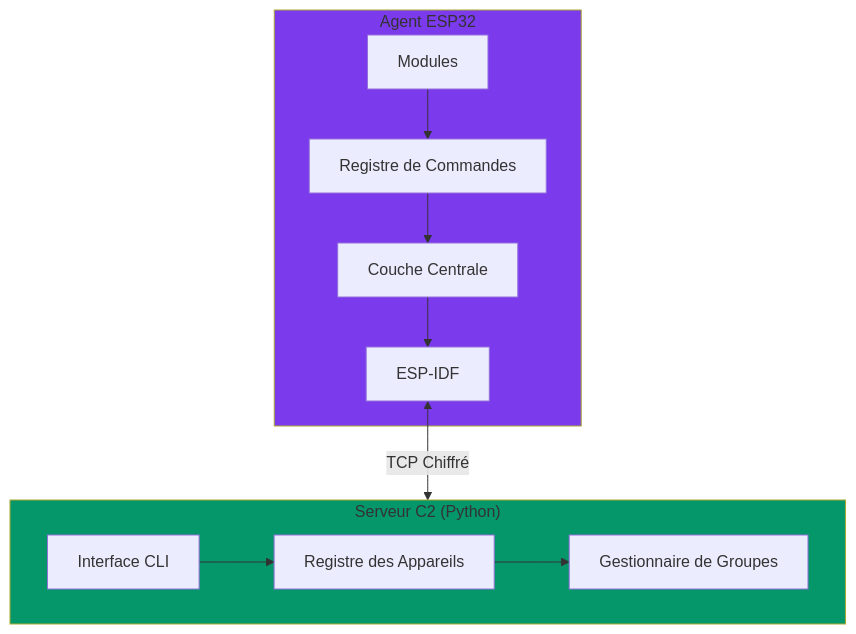
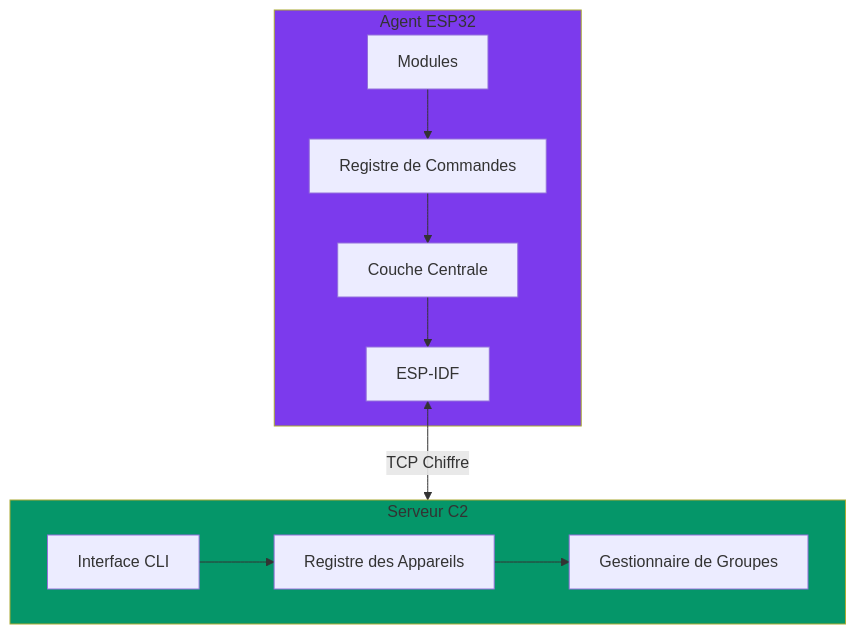
One commit to Espilon-Net/espilon-docs changed the diagram in docs/fr/index.md. Above: the diagram before and after it, drawn with Mermaid. The commit also changed 12 other files, not shown here.

````diff
--- a/docs/fr/index.md
+++ b/docs/fr/index.md
@@ -101,26 +101,26 @@
 ```mermaid
 graph TB
-    subgraph ESP32["Agent ESP32"]
+    subgraph ESP32[Agent ESP32]
         M[Modules]
         C[Registre de Commandes]
         CR[Couche Centrale]
         E[ESP-IDF]
     end
 
-    subgraph C2["Serveur C2 (Python)"]
+    subgraph C2Server[Serveur C2]
         CLI[Interface CLI]
         DR[Registre des Appareils]
         GM[Gestionnaire de Groupes]
     end
 
     M --> C
     C --> CR
     CR --> E
 
-    E <-->|TCP Chiffré| C2
+    E <-->|TCP Chiffre| C2Server
     CLI --> DR
     DR --> GM
 
     style ESP32 fill:#7c3aed
-    style C2 fill:#059669
+    style C2Server fill:#059669
 ```
````
